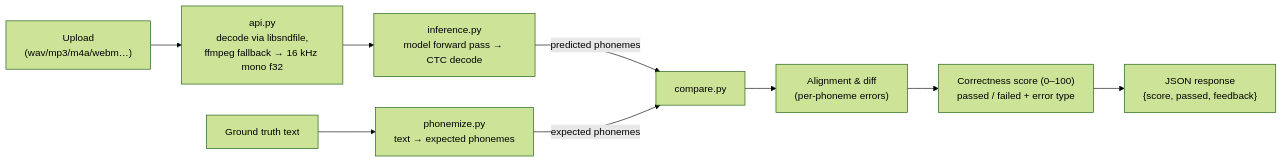
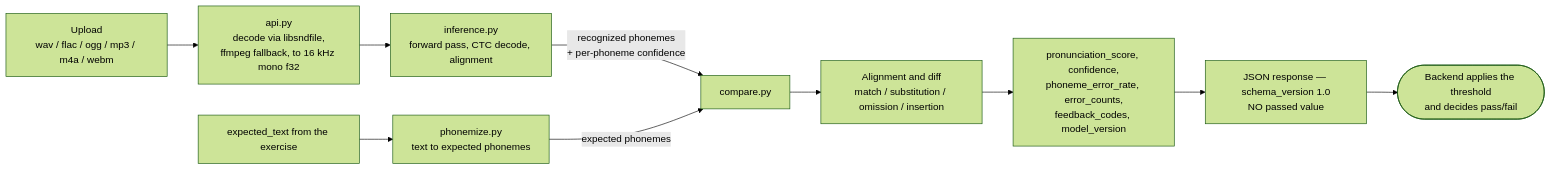
One commit to MohamedMaged9258/Yantiq changed diagram 16 of 20 in docs/architecture/diagrams.md. Above: the diagram before and after it, drawn with Mermaid (forest theme). The commit also changed other lines of this file, not shown here.

First line of the commit message:
docs: rewrite architecture diagrams against the Phase 0 baseline

````diff
--- a/docs/architecture/diagrams.md
+++ b/docs/architecture/diagrams.md
@@ -498,11 +730,12 @@
 ```mermaid
 flowchart LR
-    A["Upload<br/>(wav/mp3/m4a/webm…)"] --> B["api.py<br/>decode via libsndfile,<br/>ffmpeg fallback → 16 kHz mono f32"]
-    B --> C["inference.py<br/>model forward pass → CTC decode"]
-    C -- "predicted phonemes" --> E["compare.py"]
-    D["Ground truth text"] --> P["phonemize.py<br/>text → expected phonemes"]
+    A["Upload<br/>wav / flac / ogg / mp3 / m4a / webm"] --> B["api.py<br/>decode via libsndfile,<br/>ffmpeg fallback, to 16 kHz mono f32"]
+    B --> C["inference.py<br/>forward pass, CTC decode, alignment"]
+    C -- "recognized phonemes<br/>+ per-phoneme confidence" --> E["compare.py"]
+    D["expected_text from the exercise"] --> P["phonemize.py<br/>text to expected phonemes"]
     P -- "expected phonemes" --> E
-    E --> F["Alignment & diff<br/>(per-phoneme errors)"]
-    F --> G["Correctness score (0–100)<br/>passed / failed + error type"]
-    G --> H["JSON response<br/>{score, passed, feedback}"]
+    E --> F["Alignment and diff<br/>match / substitution / omission / insertion"]
+    F --> G["pronunciation_score, confidence,<br/>phoneme_error_rate, error_counts,<br/>feedback_codes, model_version"]
+    G --> H["JSON response — schema_version 1.0<br/>NO passed value"]
+    H --> BE(["Backend applies the threshold<br/>and decides pass/fail"])
 ```
````
